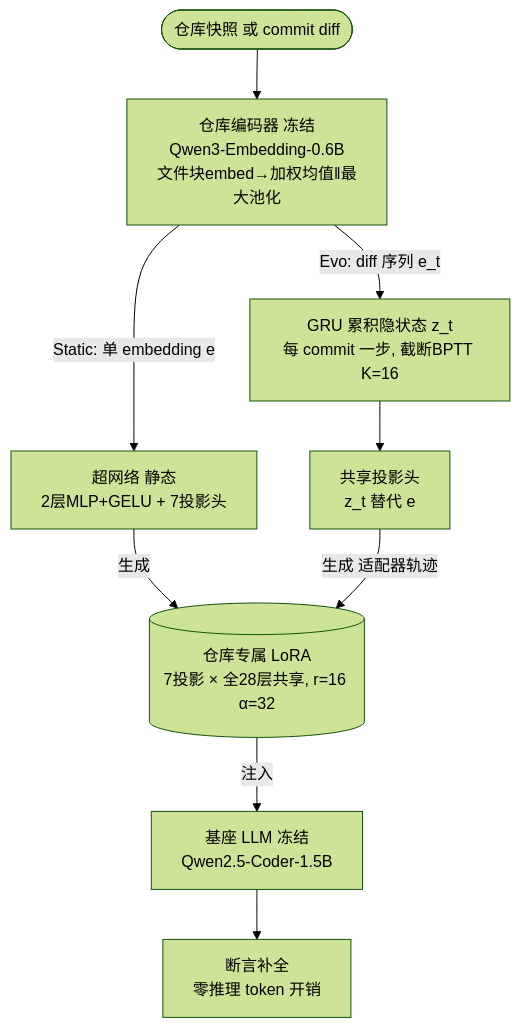
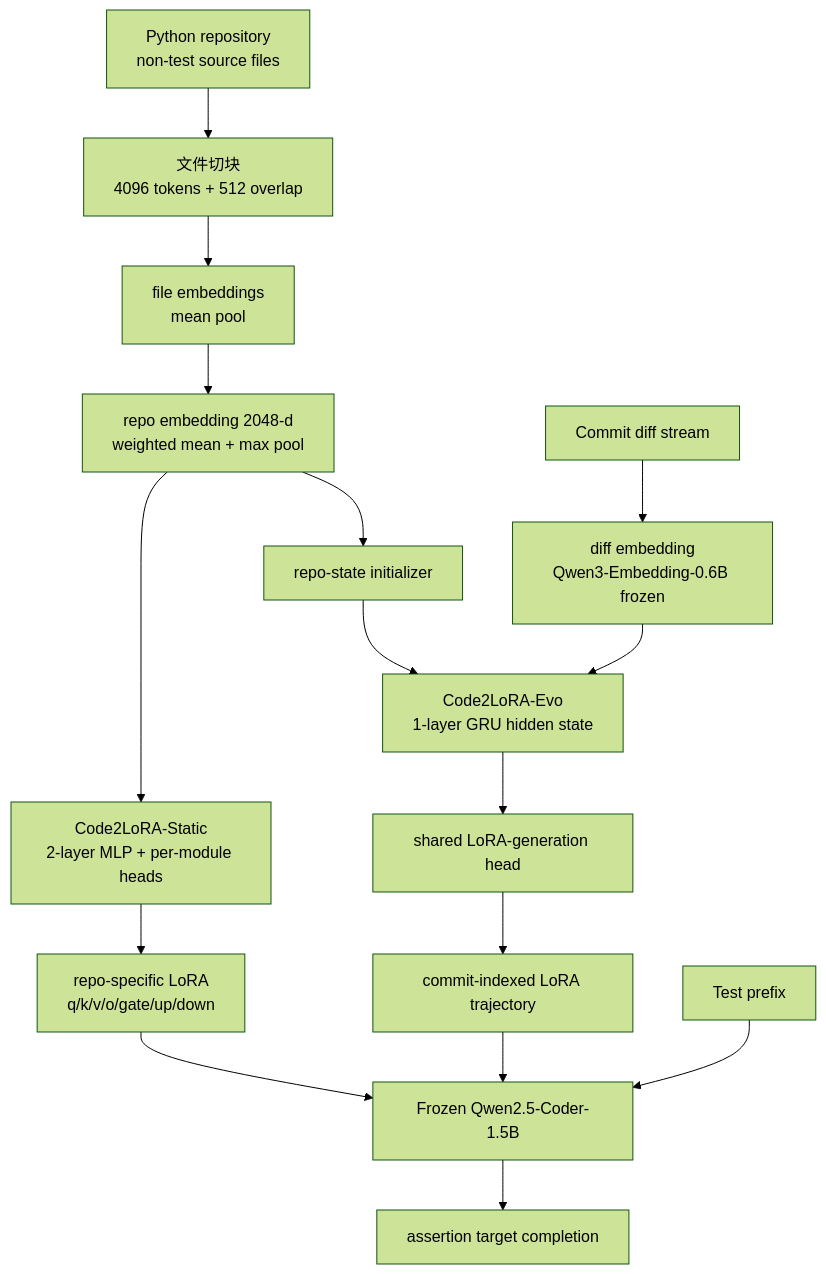
One commit to Solvement/ai-brief-v2 changed the diagram in content/papers/2606.06492-code2lora-hypernetwork-repo-adapters/paper.mdx. Above: the diagram before and after it, drawn with Mermaid (forest theme). The commit also changed other lines of this file and 143 other files, not shown here.

First line of the commit message:
feat(projects): 项目栏大重做 — 精英选品 + 新范式深析(Mermaid) + 满宽前端

````diff
--- a/content/papers/2606.06492-code2lora-hypernetwork-repo-adapters/paper.mdx
+++ b/content/papers/2606.06492-code2lora-hypernetwork-repo-adapters/paper.mdx
@@ -45,11 +41,21 @@
 ```mermaid
 flowchart TD
-  REPO([仓库快照 或 commit diff]) --> ENC[仓库编码器 冻结<br/>Qwen3-Embedding-0.6B<br/>文件块embed→加权均值‖最大池化]
-  ENC -->|Static: 单 embedding e| HS[超网络 静态<br/>2层MLP+GELU + 7投影头]
-  ENC -->|Evo: diff 序列 e_t| GRU[GRU 累积隐状态 z_t<br/>每 commit 一步, 截断BPTT K=16]
-  GRU --> HE[共享投影头<br/>z_t 替代 e]
-  HS -->|生成| LORA[(仓库专属 LoRA<br/>7投影 × 全28层共享, r=16 α=32)]
-  HE -->|生成 适配器轨迹| LORA
-  LORA -->|注入| LLM[基座 LLM 冻结<br/>Qwen2.5-Coder-1.5B]
-  LLM --> OUT[断言补全<br/>零推理 token 开销]
+  Repo[Python repository<br/>non-test source files] --> Chunk[文件切块<br/>4096 tokens + 512 overlap]
+  Diff[Commit diff stream] --> DiffEnc[diff embedding<br/>Qwen3-Embedding-0.6B frozen]
+  Chunk --> FileEmb[file embeddings<br/>mean pool]
+  FileEmb --> RepoEmb[repo embedding 2048-d<br/>weighted mean + max pool]
+
+  RepoEmb --> StaticHead[Code2LoRA-Static<br/>2-layer MLP + per-module heads]
+  StaticHead --> StaticLoRA[repo-specific LoRA<br/>q/k/v/o/gate/up/down]
+
+  RepoEmb --> Init[repo-state initializer]
+  Init --> GRU[Code2LoRA-Evo<br/>1-layer GRU hidden state]
+  DiffEnc --> GRU
+  GRU --> EvoHead[shared LoRA-generation head]
+  EvoHead --> EvoLoRA[commit-indexed LoRA trajectory]
+
+  StaticLoRA --> FrozenLLM[Frozen Qwen2.5-Coder-1.5B]
+  EvoLoRA --> FrozenLLM
+  Prefix[Test prefix] --> FrozenLLM
+  FrozenLLM --> Output[assertion target completion]
 ```
````
